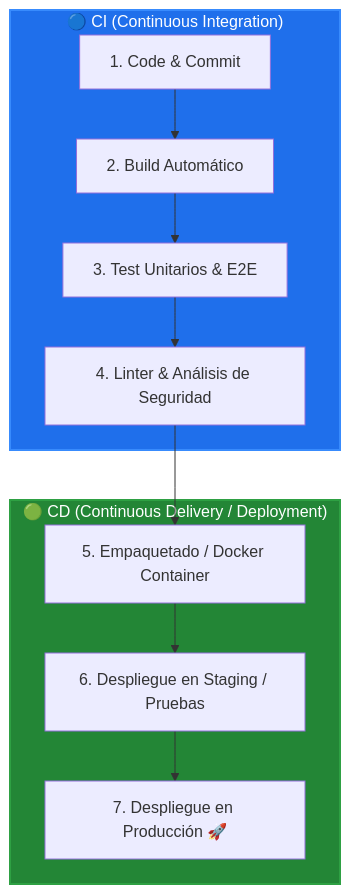
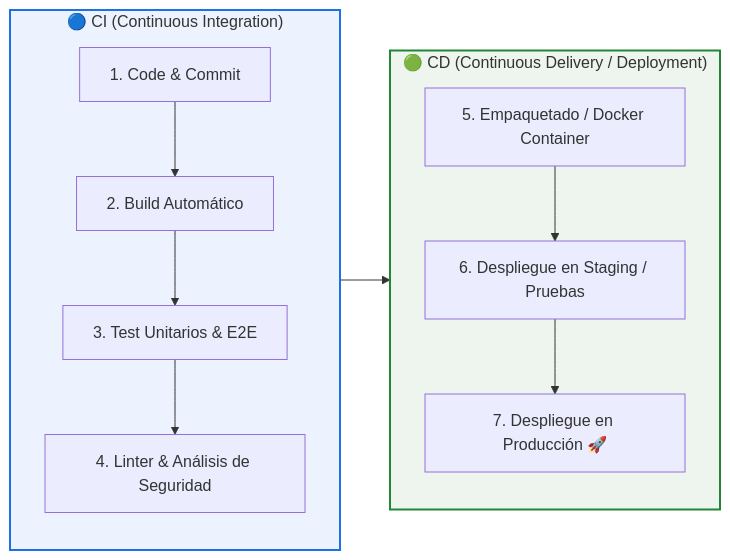
Before and after one commit to ema28pro/GitHub-Guide-Profile: the second of 4 diagrams in 11-automatizaciones-y-actions.md, drawn with Mermaid.

Commit message:
docs: update CI/CD mermaid diagram orientation and styling for better readability

````diff
--- a/11-automatizaciones-y-actions.md
+++ b/11-automatizaciones-y-actions.md
@@ -68,17 +68,20 @@
 ```mermaid
-flowchart TD
+flowchart LR
     subgraph CI ["🔵 CI (Continuous Integration)"]
-        A[1. Code & Commit] --> B[2. Build Automático]
-        B --> C[3. Test Unitarios & E2E]
-        C --> D[4. Linter & Análisis de Seguridad]
+        direction TB
+        A["1. Code & Commit"] --> B["2. Build Automático"]
+        B --> C["3. Test Unitarios & E2E"]
+        C --> D["4. Linter & Análisis de Seguridad"]
     end
 
     subgraph CD ["🟢 CD (Continuous Delivery / Deployment)"]
-        D --> E[5. Empaquetado / Docker Container]
-        E --> F[6. Despliegue en Staging / Pruebas]
-        F --> G[7. Despliegue en Producción 🚀]
+        direction TB
+        E["5. Empaquetado / Docker Container"] --> F["6. Despliegue en Staging / Pruebas"]
+        F --> G["7. Despliegue en Producción 🚀"]
     end
 
-    style CI fill:#1f6feb,stroke:#388bfd,stroke-width:2px,color:#fff
-    style CD fill:#238636,stroke:#2ea043,stroke-width:2px,color:#fff
+    D --> E
+
+    style CI fill:#1f6feb15,stroke:#1f6feb,stroke-width:2px
+    style CD fill:#23863615,stroke:#238636,stroke-width:2px
 ```
````
